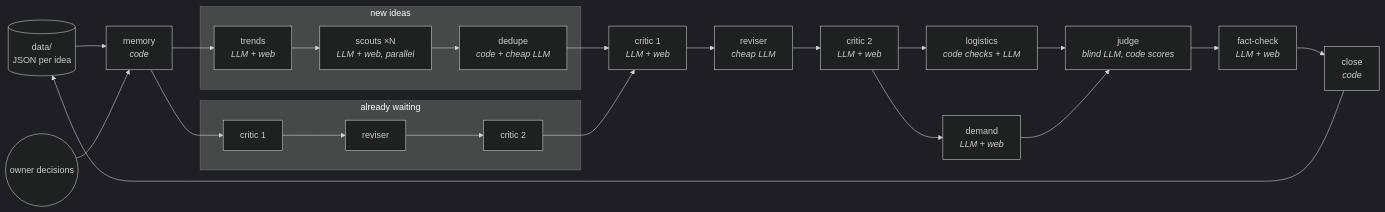
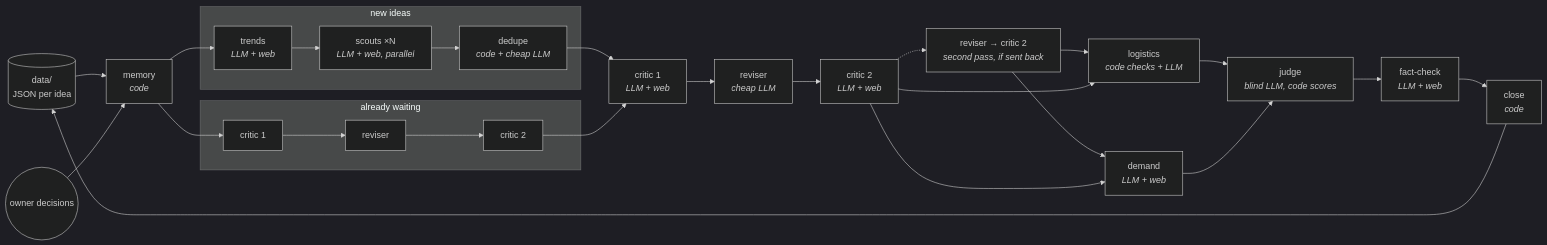
One commit to amosmike/fishtank changed the diagram in README.md. Above: the diagram before and after it, drawn with Mermaid (dark theme). The commit also changed other lines of this file and 15 other files, not shown here.

````diff
--- a/README.md
+++ b/README.md
@@ -48,21 +48,24 @@
 ```mermaid
 flowchart LR
     D[(data/<br/>JSON per idea)] --> M[memory<br/><i>code</i>]
     H((owner decisions)) --> M
     subgraph scouting [new ideas]
       T[trends<br/><i>LLM + web</i>] --> S[scouts ×N<br/><i>LLM + web, parallel</i>] --> DD[dedupe<br/><i>code + cheap LLM</i>]
     end
     subgraph waiting [already waiting]
       QC1[critic 1] --> QR[reviser] --> QC2[critic 2]
     end
     M --> T
     M --> QC1
     DD --> C1[critic 1<br/><i>LLM + web</i>]
     QC2 --> C1
     C1 --> R[reviser<br/><i>cheap LLM</i>] --> C2[critic 2<br/><i>LLM + web</i>]
+    C2 -.-> R2[reviser → critic 2<br/><i>second pass, if sent back</i>]
+    R2 --> L
+    R2 --> DH
     C2 --> L[logistics<br/><i>code checks + LLM</i>]
     C2 --> DH[demand<br/><i>LLM + web</i>]
     L --> J[judge<br/><i>blind LLM, code scores</i>]
     DH --> J
     J --> F[fact-check<br/><i>LLM + web</i>] --> CL[close<br/><i>code</i>] --> D
 ```
````
